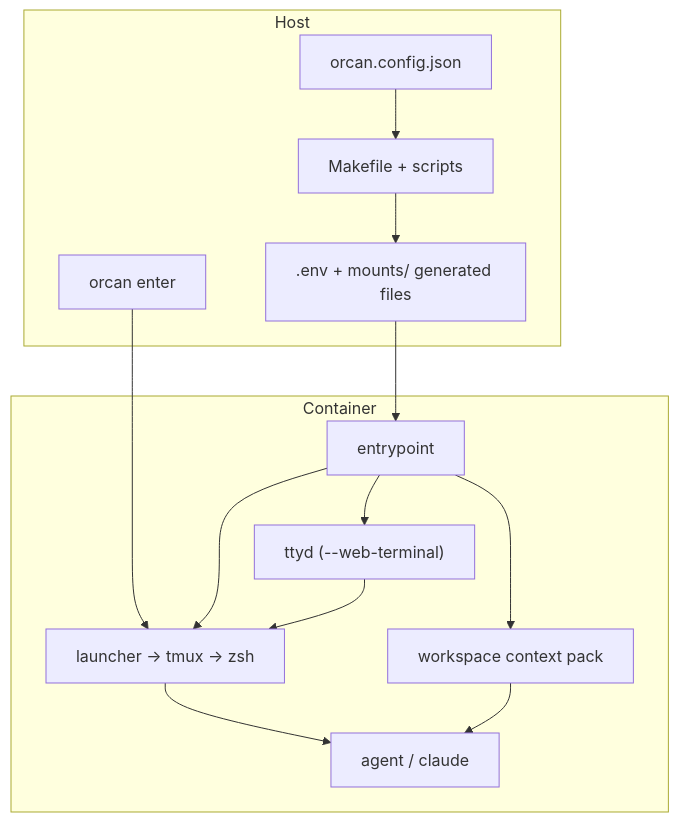
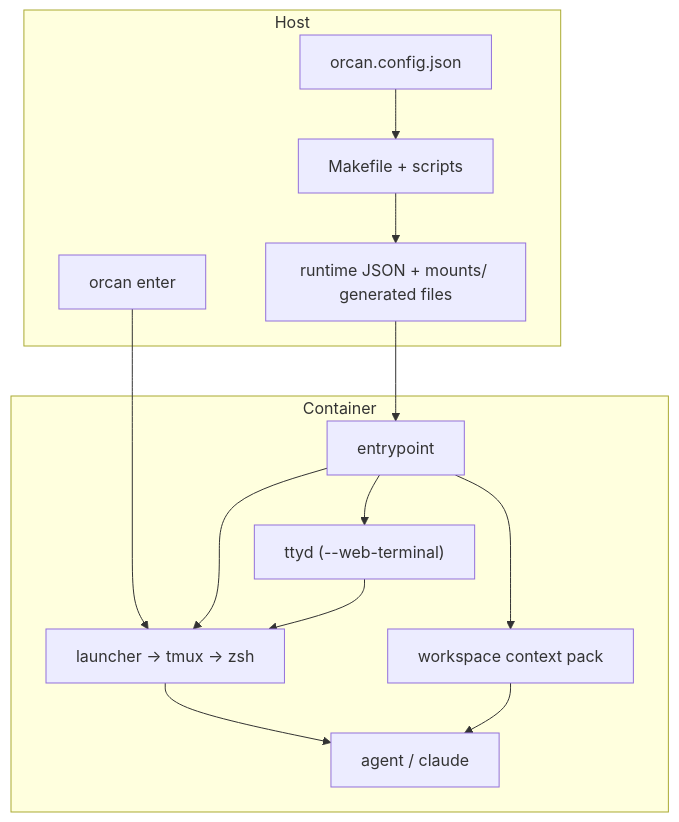
Before and after one commit to aKyther/orcan: the first of 2 diagrams in docs/en/architecture.md, drawn with Mermaid. The commit also changed 80 other files, not shown here.

````diff
--- a/docs/en/architecture.md
+++ b/docs/en/architecture.md
@@ -25,26 +25,26 @@
 ```mermaid
 flowchart TB
   subgraph host [Host]
     cfg["orcan.config.json"]
     make["Makefile + scripts"]
-    gen[".env + mounts/ generated files"]
+    gen["runtime JSON + mounts/ generated files"]
     enter["orcan enter"]
   end
   subgraph container [Container]
     entry["entrypoint"]
     session["launcher → tmux → zsh"]
     ttyd["ttyd (--web-terminal)"]
     pack["workspace context pack"]
     clis["agent / claude"]
   end
   cfg --> make
   make --> gen
   gen --> entry
   enter --> session
   entry --> session
   entry --> ttyd
   ttyd --> session
   entry --> pack
   session --> clis
   pack --> clis
 ```
````
